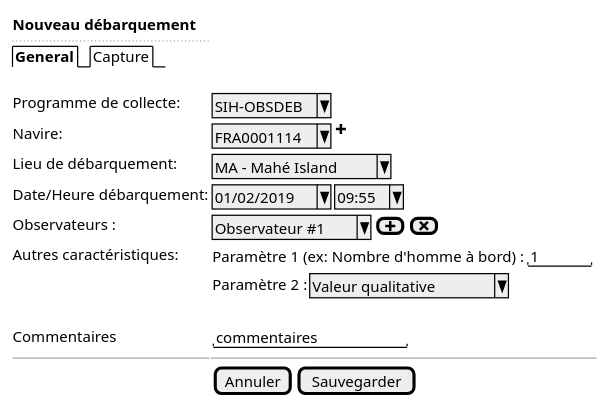
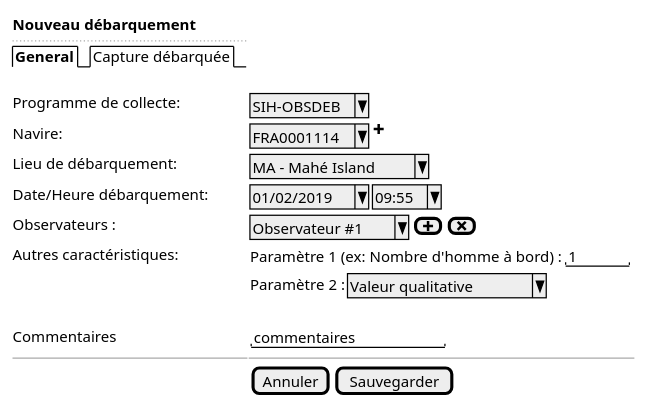
One commit to sumaris-net/sumaris-doc changed the diagram in use-case/collect/landing-ui-new.puml. Above: the diagram before and after it, drawn with PlantUML. The commit also changed 3 other files, not shown here.

Commit message:
test plantuml

```diff
--- a/use-case/collect/landing-ui-new.puml
+++ b/use-case/collect/landing-ui-new.puml
@@ -1,22 +1,22 @@
 @startsalt
 {
   <b>Nouveau débarquement
   ..
-  {/ <b>General | Capture }
+  {/ <b>General | Capture débarquée }
   .
   Programme de collecte:    | { ^SIH-OBSDEB^ }
   Navire:                   | { ^FRA0001114^ | <&plus> }
   Lieu de débarquement:     | { ^MA - Mahé Island^ }
   Date/Heure débarquement:  | { ^01/02/2019^ | ^09:55^ }
   Observateurs :            | { ^Observateur #1^ | [<&plus>] | [<&x>]}
   Autres caractéristiques:  | { Paramètre 1 (ex: Nombre d'homme à bord) : | "   1  " }
   .                         | { Paramètre 2 : | ^Valeur qualitative^ }
 
   .
   Commentaires              | { "commentaires       "}
 
   -- | --
 
   .                          | {[Annuler] | [Sauvegarder]}
 }
 @endsalt
```
